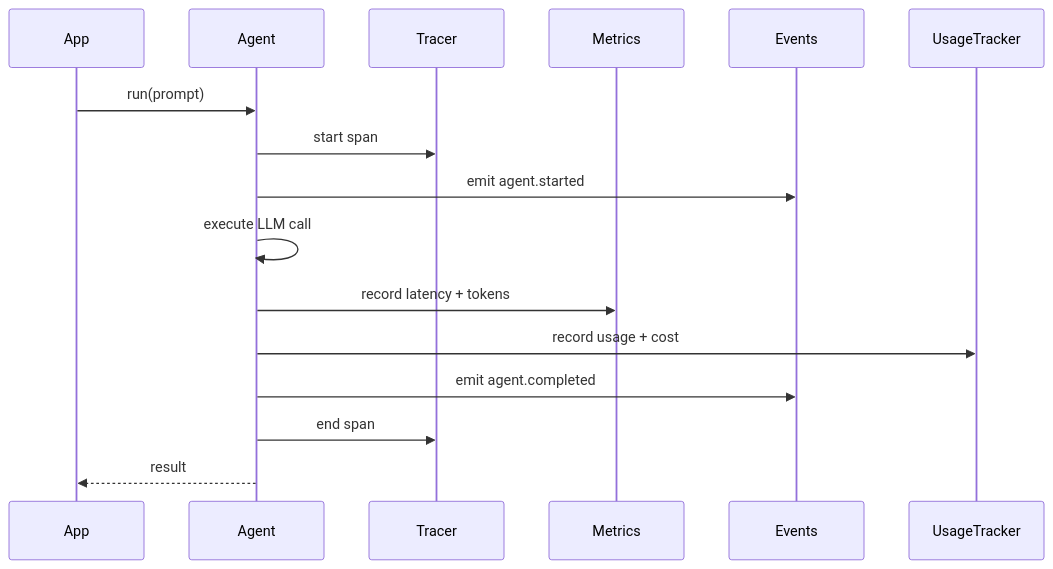
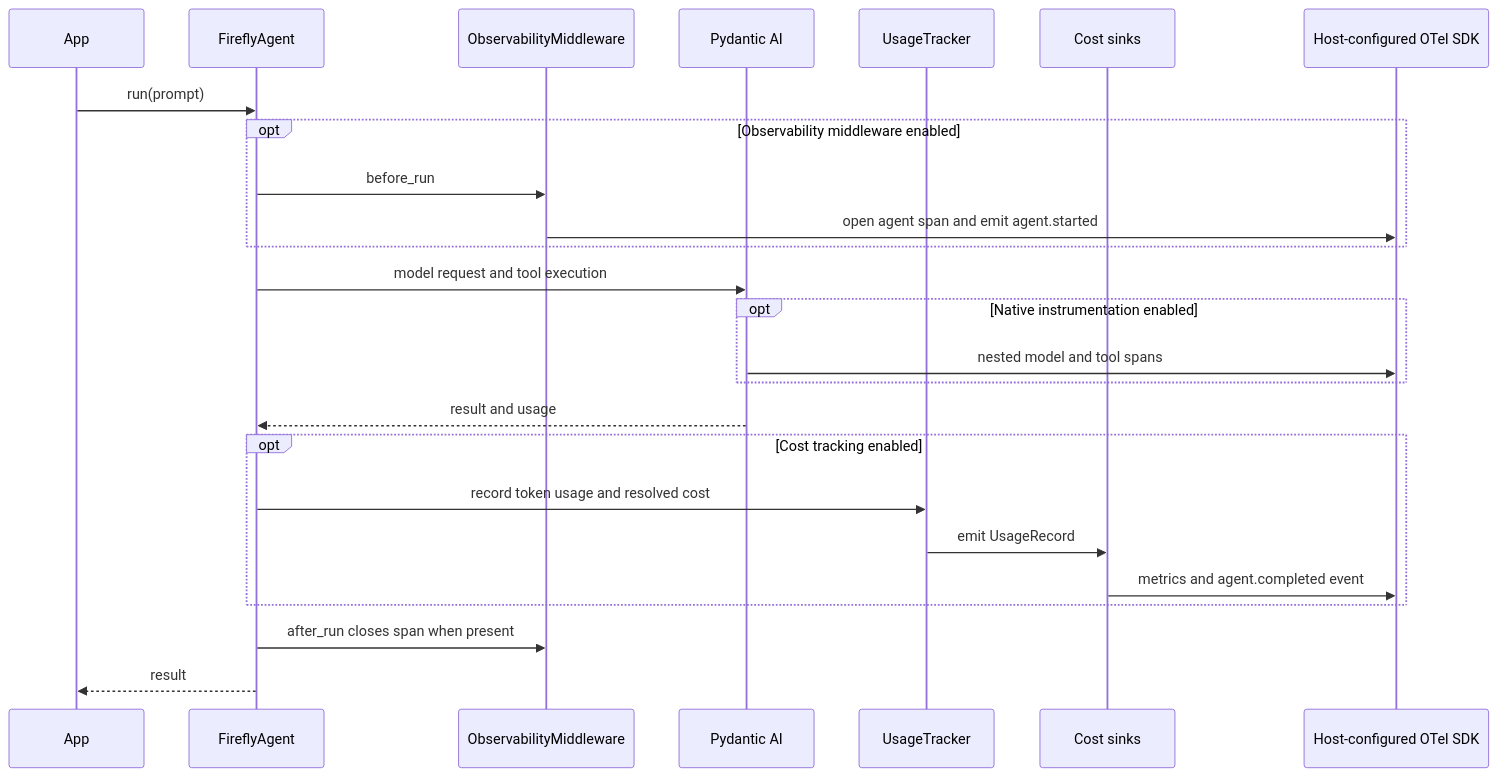
The second of 2 diagrams in docs/observability.md (fireflyframework/fireflyframework-agentic), drawn with Mermaid before and after one commit. The commit also changed other lines of this file and 49 other files, not shown here.

Commit message:
Align diagrams and guides with framework behavior

````diff
--- a/docs/observability.md
+++ b/docs/observability.md
@@ -649,19 +651,28 @@
 ```mermaid
 sequenceDiagram
     participant App
-    participant Agent
-    participant Tracer
-    participant Metrics
-    participant Events
-    participant UsageTracker
+    participant Agent as FireflyAgent
+    participant MW as ObservabilityMiddleware
+    participant PAI as Pydantic AI
+    participant Usage as UsageTracker
+    participant Sinks as Cost sinks
+    participant Host as Host-configured OTel SDK
 
     App->>Agent: run(prompt)
-    Agent->>Tracer: start span
-    Agent->>Events: emit agent.started
-    Agent->>Agent: execute LLM call
-    Agent->>Metrics: record latency + tokens
-    Agent->>UsageTracker: record usage + cost
-    Agent->>Events: emit agent.completed
-    Agent->>Tracer: end span
+    opt Observability middleware enabled
+        Agent->>MW: before_run
+        MW->>Host: open agent span and emit agent.started
+    end
+    Agent->>PAI: model request and tool execution
+    opt Native instrumentation enabled
+        PAI->>Host: nested model and tool spans
+    end
+    PAI-->>Agent: result and usage
+    opt Cost tracking enabled
+        Agent->>Usage: record token usage and resolved cost
+        Usage->>Sinks: emit UsageRecord
+        Sinks->>Host: metrics and agent.completed event
+    end
+    Agent->>MW: after_run closes span when present
     Agent-->>App: result
 ```
````
